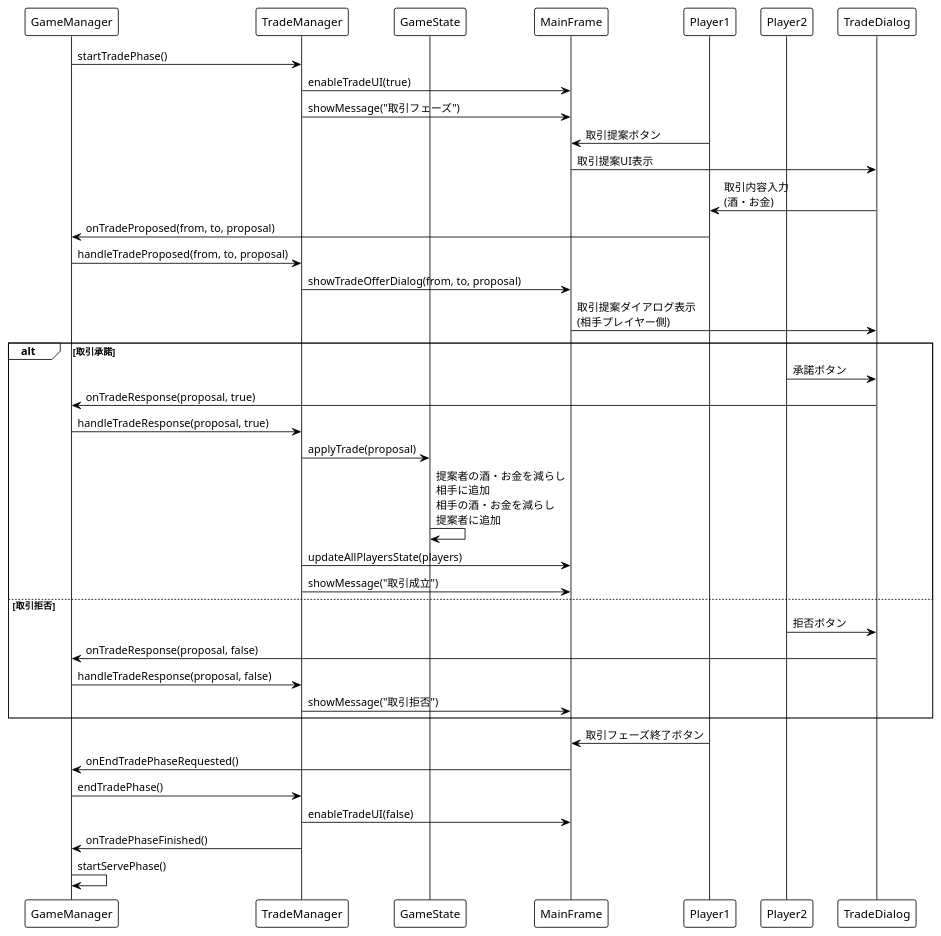
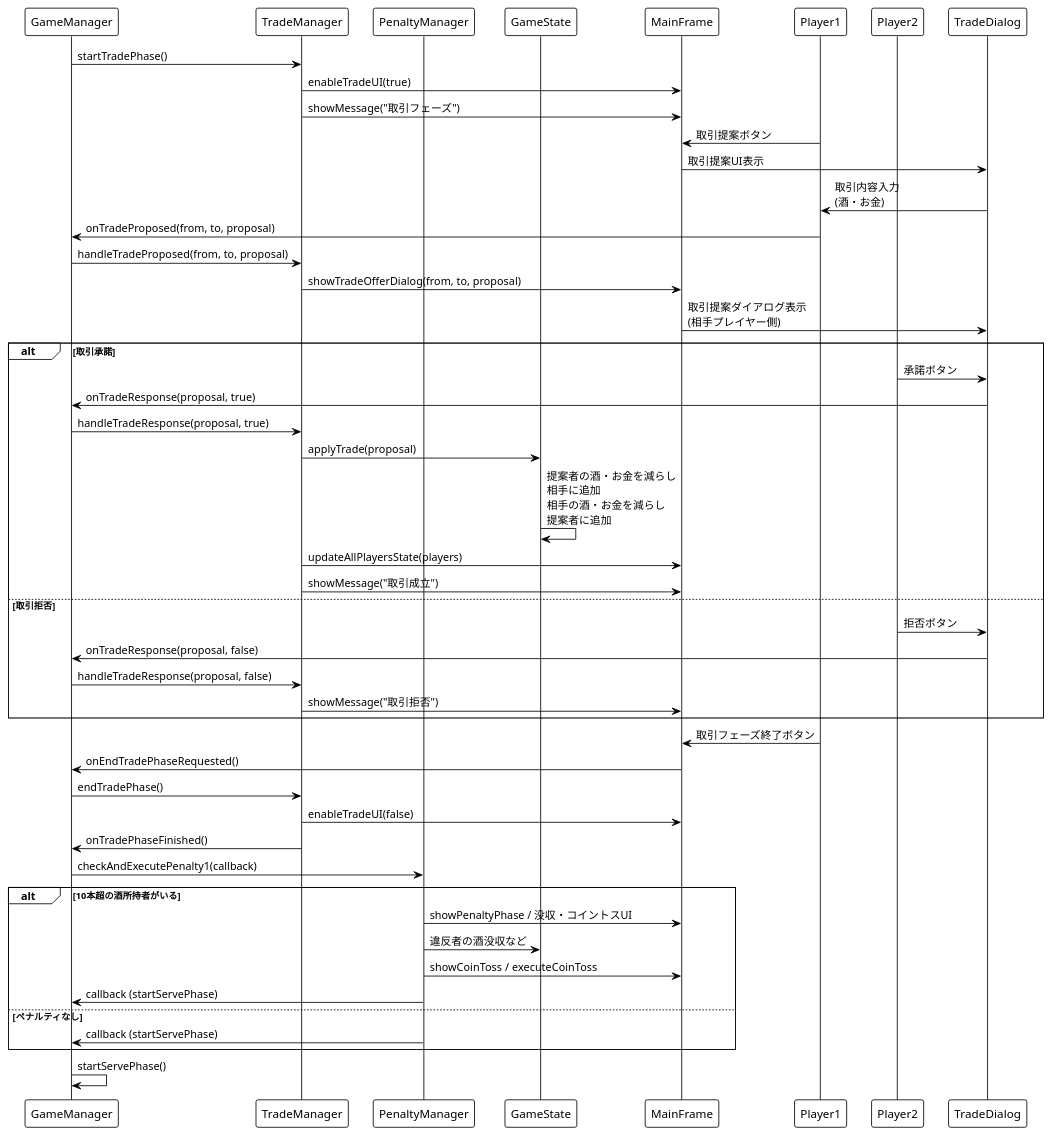
The diagram in diagrams/sequence-trade.puml (w2411765/media-programming), drawn with PlantUML before and after one commit. The commit also changed 12 other files, not shown here.

Commit message:
Add class diagram for simplified presentation and update existing diagrams with new game logic. Enhance UI components for better visual feedback and interaction during gameplay, including button styling and layout adjustments in various panels.

```diff
--- a/diagrams/sequence-trade.puml
+++ b/diagrams/sequence-trade.puml
@@ -1,46 +1,56 @@
 @startuml
 !theme plain
 
 participant "GameManager" as GM
 participant "TradeManager" as TM
+participant "PenaltyManager" as PM
 participant "GameState" as GS
 participant "MainFrame" as Frame
 participant "Player1" as P1
 participant "Player2" as P2
 participant "TradeDialog" as Dialog
 
 GM -> TM: startTradePhase()
 TM -> Frame: enableTradeUI(true)
 TM -> Frame: showMessage("取引フェーズ")
 
 P1 -> Frame: 取引提案ボタン
 Frame -> Dialog: 取引提案UI表示
 Dialog -> P1: 取引内容入力\n(酒・お金)
 P1 -> GM: onTradeProposed(from, to, proposal)
 GM -> TM: handleTradeProposed(from, to, proposal)
 TM -> Frame: showTradeOfferDialog(from, to, proposal)
 Frame -> Dialog: 取引提案ダイアログ表示\n(相手プレイヤー側)
 
 alt 取引承諾
     P2 -> Dialog: 承諾ボタン
     Dialog -> GM: onTradeResponse(proposal, true)
     GM -> TM: handleTradeResponse(proposal, true)
     TM -> GS: applyTrade(proposal)
     GS -> GS: 提案者の酒・お金を減らし\n相手に追加\n相手の酒・お金を減らし\n提案者に追加
     TM -> Frame: updateAllPlayersState(players)
     TM -> Frame: showMessage("取引成立")
 else 取引拒否
     P2 -> Dialog: 拒否ボタン
     Dialog -> GM: onTradeResponse(proposal, false)
     GM -> TM: handleTradeResponse(proposal, false)
     TM -> Frame: showMessage("取引拒否")
 end
 
 P1 -> Frame: 取引フェーズ終了ボタン
 Frame -> GM: onEndTradePhaseRequested()
 GM -> TM: endTradePhase()
 TM -> Frame: enableTradeUI(false)
 TM -> GM: onTradePhaseFinished()
+GM -> PM: checkAndExecutePenalty1(callback)
+alt 10本超の酒所持者がいる
+    PM -> Frame: showPenaltyPhase / 没収・コイントスUI
+    PM -> GS: 違反者の酒没収など
+    PM -> Frame: showCoinToss / executeCoinToss
+    PM -> GM: callback (startServePhase)
+else ペナルティなし
+    PM -> GM: callback (startServePhase)
+end
 GM -> GM: startServePhase()
 
 @enduml
```
